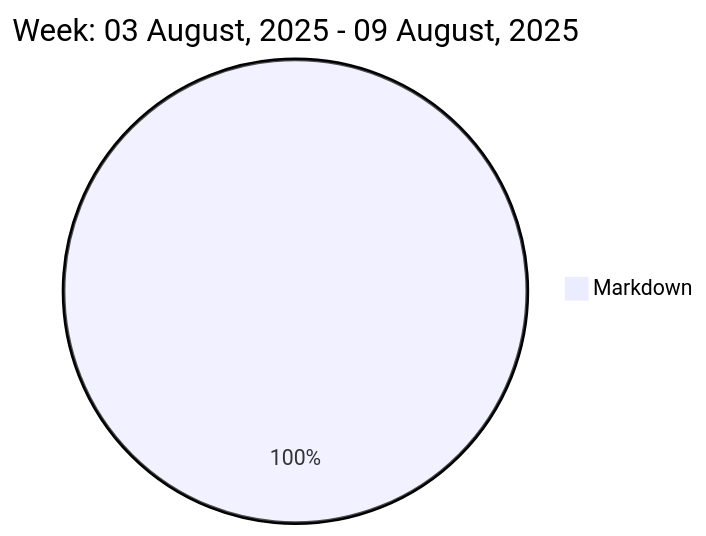
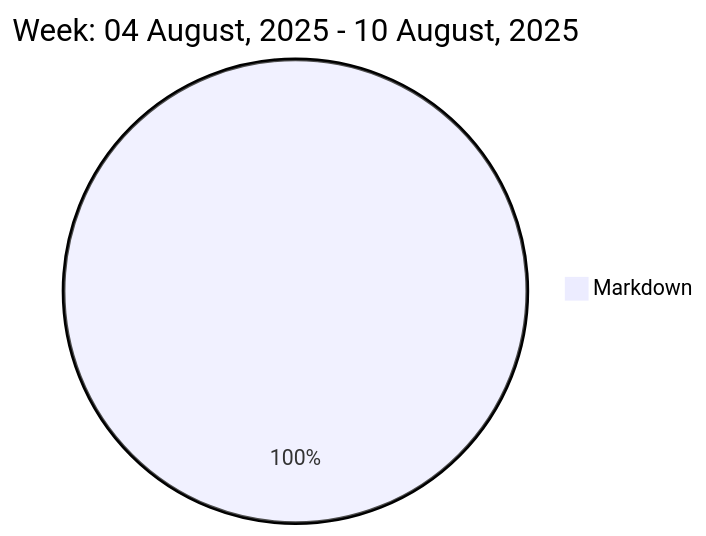
Before and after one commit to liubin95/liubin95: the diagram in README.md, drawn with Mermaid.

Commit message:
Updated the Graph with new Metrics

````diff
--- a/README.md
+++ b/README.md
@@ -37,5 +37,5 @@
 ```mermaid
  pie
-title Week: 03 August, 2025 - 09 August, 2025
+title Week: 04 August, 2025 - 10 August, 2025
  "Markdown" : 1.9
 ```
````
